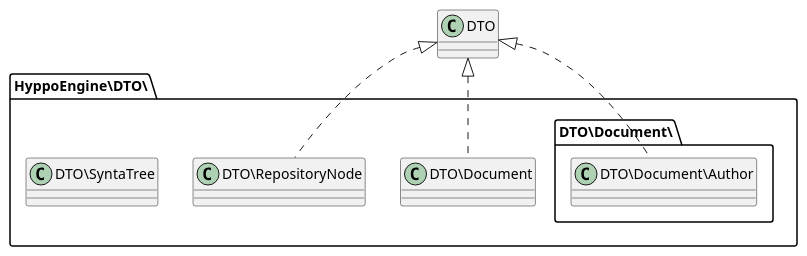
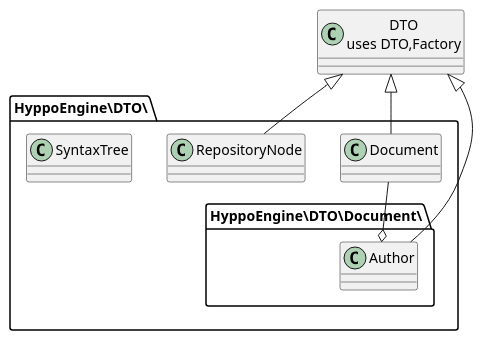
Before and after one commit to inutcin/hyppo-engine: the diagram in docs/classes/wsd/DTO.package.wsd, drawn with PlantUML. The commit also changed other lines of this file and 30 other files, not shown here.

```diff
--- a/docs/classes/wsd/DTO.package.wsd
+++ b/docs/classes/wsd/DTO.package.wsd
@@ -1,18 +1,23 @@
-class DTO {
+class HyppoEngine\DTO as "DTO\nuses DTO,Factory"{
 }
+
 package HyppoEngine\DTO\ {
-    package DTO\Document\ {
-        class DTO\Document\Author {
+    class HyppoEngine\DTO\Document as "Document"{
+    }
+
+    package HyppoEngine\DTO\Document\ {
+        class HyppoEngine\DTO\Document\Author as "Author" {
         }
+        HyppoEngine\DTO\Document\Author -up-|> HyppoEngine\DTO
     }
-    class DTO\Document {
+    HyppoEngine\DTO\Document -down-o HyppoEngine\DTO\Document\Author
+
+    HyppoEngine\DTO\Document -up-|> HyppoEngine\DTO
+
+    class HyppoEngine\DTO\RepositoryNode as "RepositoryNode" {
     }
-    class DTO\RepositoryNode {
-    }
-    class DTO\SyntaTree {
+    HyppoEngine\DTO\RepositoryNode -up-|> HyppoEngine\DTO
+
+    class HyppoEngine\DTO\SyntaTree as "SyntaxTree" {
     }
 }
-
-DTO <|.. DTO\Document\Author 
-DTO <|.. DTO\Document
-DTO <|.. DTO\RepositoryNode
```
